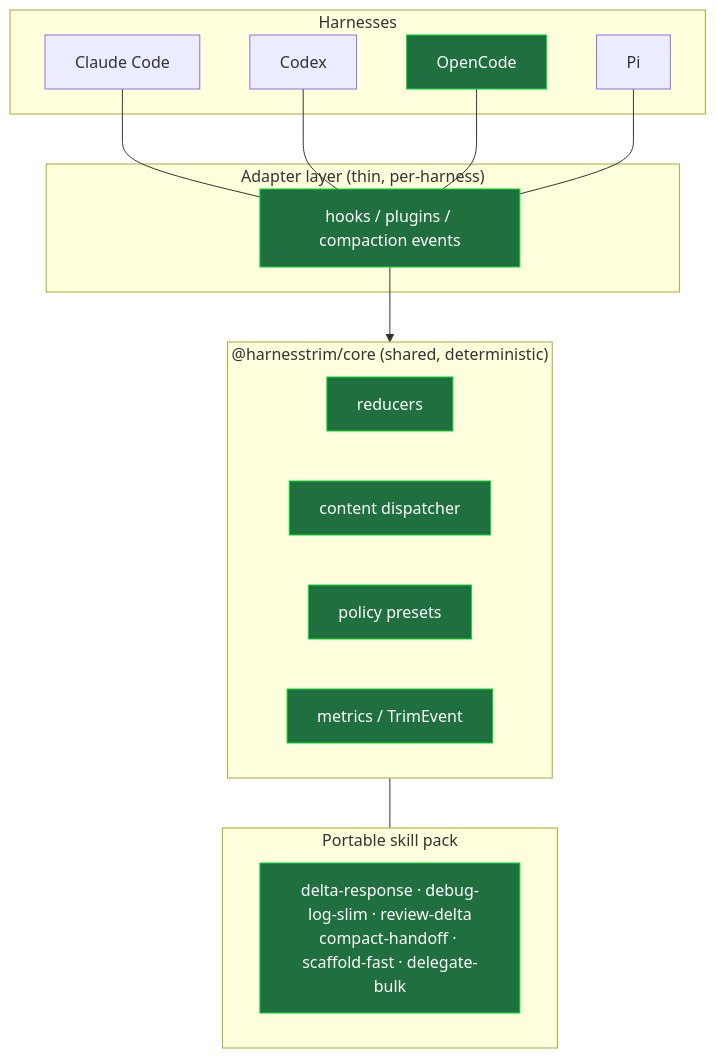
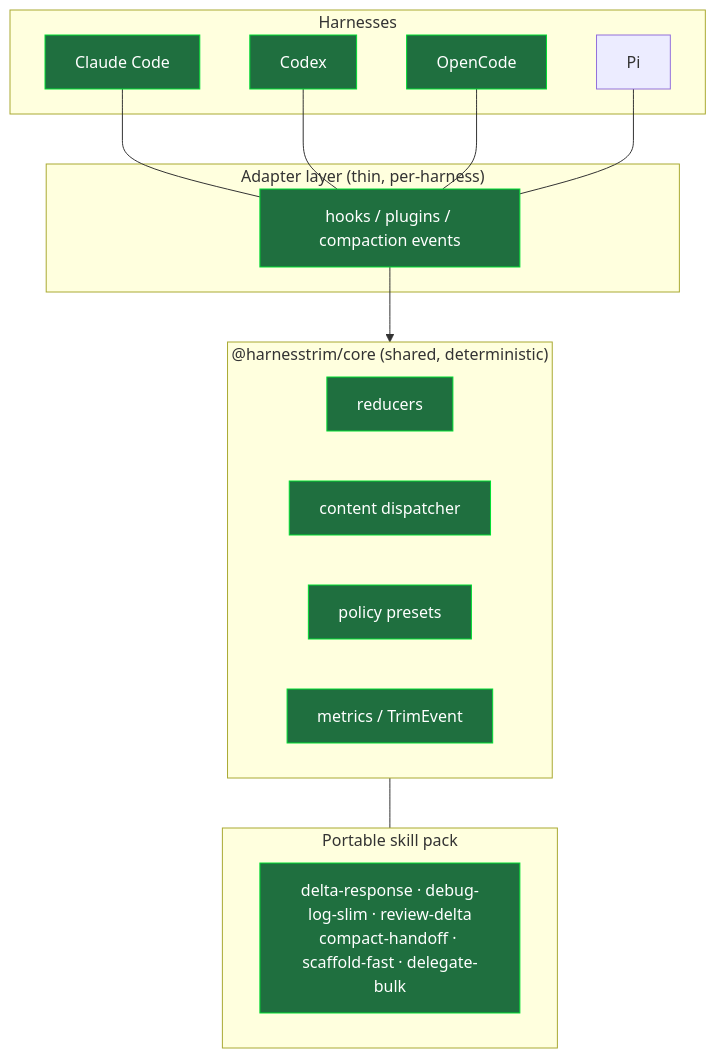
One commit to giuliastro/HarnessTrim changed the first of 5 diagrams in README.md. Above: the diagram before and after it, drawn with Mermaid. The commit also changed other lines of this file and 25 other files, not shown here.

````diff
--- a/README.md
+++ b/README.md
@@ -42,34 +42,34 @@
 ```mermaid
 flowchart TB
     subgraph Harnesses
         CC[Claude Code]
         CX[Codex]
         OC[OpenCode]
         PI[Pi]
     end
 
     subgraph Adapters["Adapter layer (thin, per-harness)"]
         A1[hooks / plugins / compaction events]
     end
 
     subgraph Core["@harnesstrim/core (shared, deterministic)"]
         R[reducers]
         D[content dispatcher]
         P[policy presets]
         M[metrics / TrimEvent]
     end
 
     subgraph Skills["Portable skill pack"]
         S[delta-response · debug-log-slim · review-delta<br/>compact-handoff · scaffold-fast · delegate-bulk]
     end
 
     CC --- A1
     CX --- A1
     OC --- A1
     PI --- A1
     A1 --> Core
     Core --- Skills
 
     classDef done fill:#1f6f3f,stroke:#0d3,color:#fff;
-    class OC,A1,R,D,P,M,S done;
+    class CC,CX,OC,A1,R,D,P,M,S done;
 ```
````
